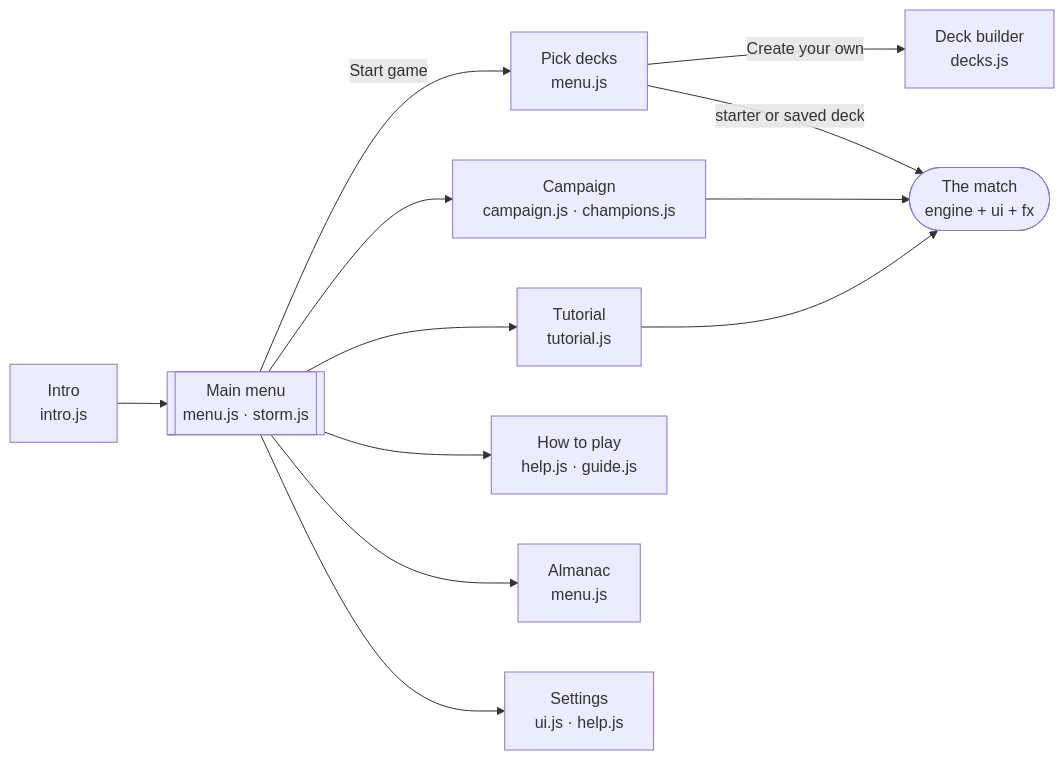
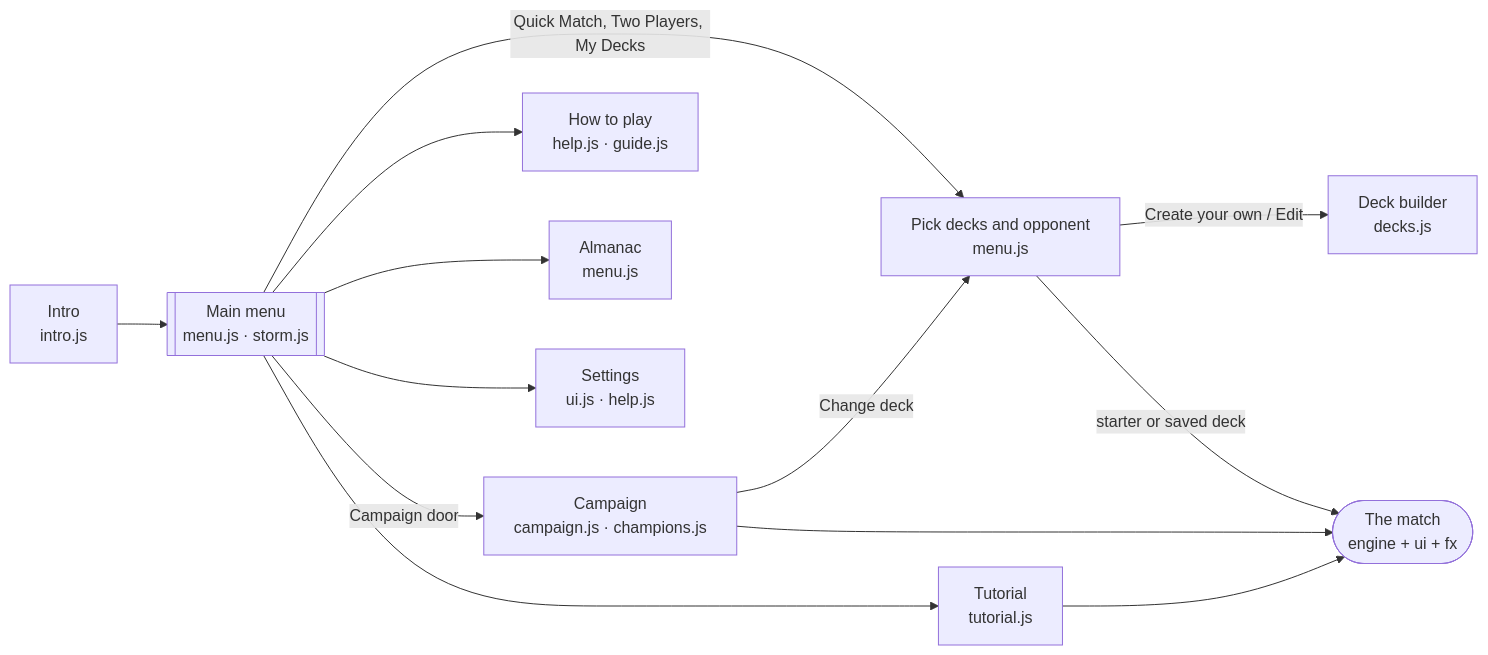
One commit to dmolloy98-stack-stack/Shardfall_TCG changed the third of 3 diagrams in docs/code-map.md. Above: the diagram before and after it, drawn with Mermaid. The commit also changed 6 other files, not shown here.

First line of the commit message:
New start menu: Campaign, Quick Match and Two Players doors (owner's option A)

````diff
--- a/docs/code-map.md
+++ b/docs/code-map.md
@@ -95,12 +95,13 @@
 ```mermaid
 flowchart LR
   intro["Intro<br/>intro.js"] --> menu[["Main menu<br/>menu.js · storm.js"]]
-  menu -->|Start game| pick["Pick decks<br/>menu.js"]
-  pick -->|Create your own| builder["Deck builder<br/>decks.js"]
+  menu -->|Quick Match, Two Players, My Decks| pick["Pick decks and opponent<br/>menu.js"]
+  pick -->|Create your own / Edit| builder["Deck builder<br/>decks.js"]
   pick -->|starter or saved deck| match(["The match<br/>engine + ui + fx"])
-  menu --> campaign["Campaign<br/>campaign.js · champions.js"] --> match
+  menu -->|Campaign door| campaign["Campaign<br/>campaign.js · champions.js"] --> match
+  campaign -->|Change deck| pick
   menu --> tutorial["Tutorial<br/>tutorial.js"] --> match
   menu --> guide["How to play<br/>help.js · guide.js"]
   menu --> almanac["Almanac<br/>menu.js"]
   menu --> settings["Settings<br/>ui.js · help.js"]
 ```
````
